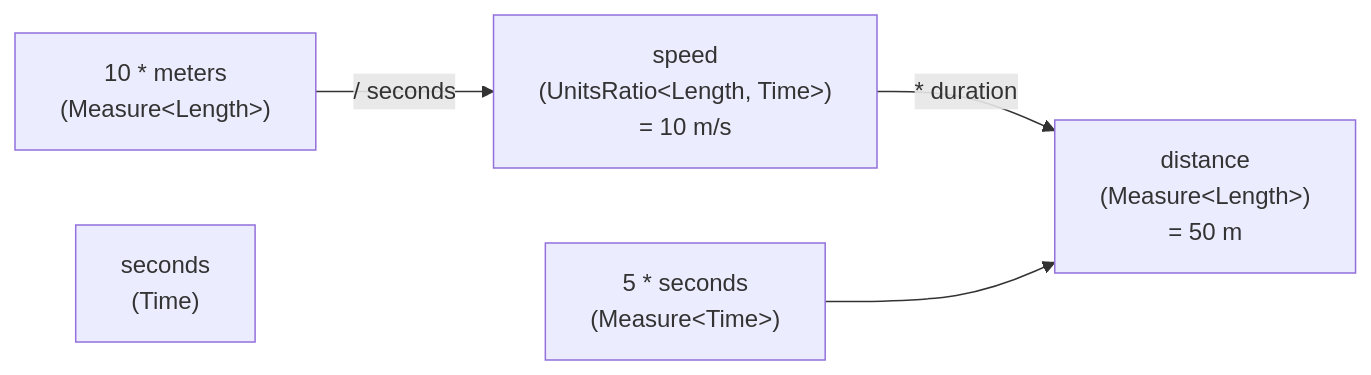
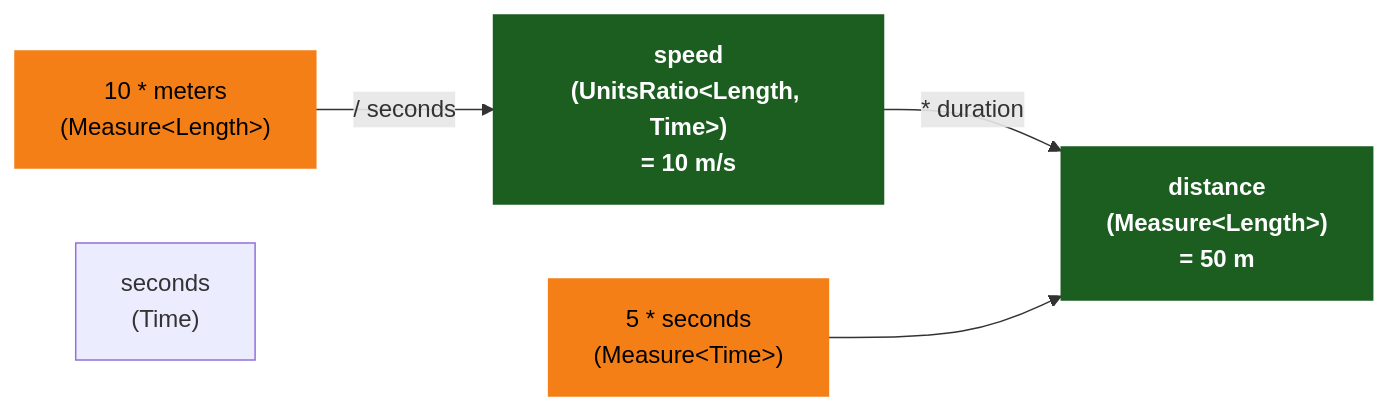
One commit to bluetape4k/bluetape4k-projects changed the second of 2 diagrams in utils/measured/README.md. Above: the diagram before and after it, drawn with Mermaid. The commit also changed other lines of this file and 221 other files, not shown here.

First line of the commit message:
docs: 전체 모듈 README UML 다이어그램 보강 및 색상 업그레이드

````diff
--- a/utils/measured/README.md
+++ b/utils/measured/README.md
@@ -116,12 +124,20 @@
 ```mermaid
 flowchart LR
     L["10 * meters<br/>(Measure&lt;Length&gt;)"]
     T["seconds<br/>(Time)"]
     V["speed<br/>(UnitsRatio&lt;Length, Time&gt;)<br/>= 10 m/s"]
     D["5 * seconds<br/>(Measure&lt;Time&gt;)"]
     R["distance<br/>(Measure&lt;Length&gt;)<br/>= 50 m"]
 
     L -->|"/ seconds"| V
     V -->|"* duration"| R
     D --> R
+
+    classDef coreStyle fill:#1B5E20,stroke:#1B5E20,color:#FFFFFF,font-weight:bold
+    classDef serviceStyle fill:#1565C0,stroke:#1565C0,color:#FFFFFF
+    classDef utilStyle fill:#E65100,stroke:#E65100,color:#FFFFFF
+    classDef dataStyle fill:#F57F17,stroke:#F57F17,color:#000000
+
+    class L,D dataStyle
+    class V,R coreStyle
 ```
````
